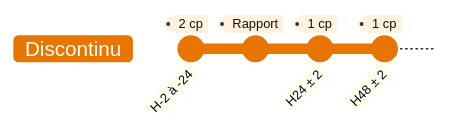
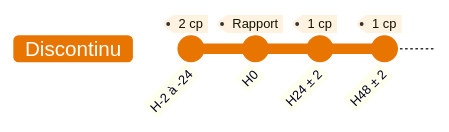
One commit to djibe/recommandations-medicales changed the third of 3 diagrams in content/recommandations/prophylaxie-preexposition-prep.md. Above: the diagram before and after it, drawn with Mermaid. The commit also changed other lines of this file and 2 other files, not shown here.

```diff
--- a/content/recommandations/prophylaxie-preexposition-prep.md
+++ b/content/recommandations/prophylaxie-preexposition-prep.md
@@ -234,8 +234,8 @@
 {{< mermaid title="Utilisation de la PrEP en schéma discontinu (hors AMM). Dr JB Fron d'après HAS 2021" >}}
 %%{init: { 'gitGraph': { 'mainBranchName': 'Discontinu' }, 'themeVariables': { 'git0' : '#e87500', 'tagLabelBackground': '#FFF2E1', 'tagLabelBorder': '#fff' }}}%%
 gitGraph
   commit id: "H-2 à -24" tag: "2 cp"
-  commit id: " " tag: "Rapport"
+  commit id: "H0" tag: "Rapport"
   commit id: "H24 ± 2" tag: "1 cp"
   commit id: "H48 ± 2" tag: "1 cp"
 {{< /mermaid >}}
```
